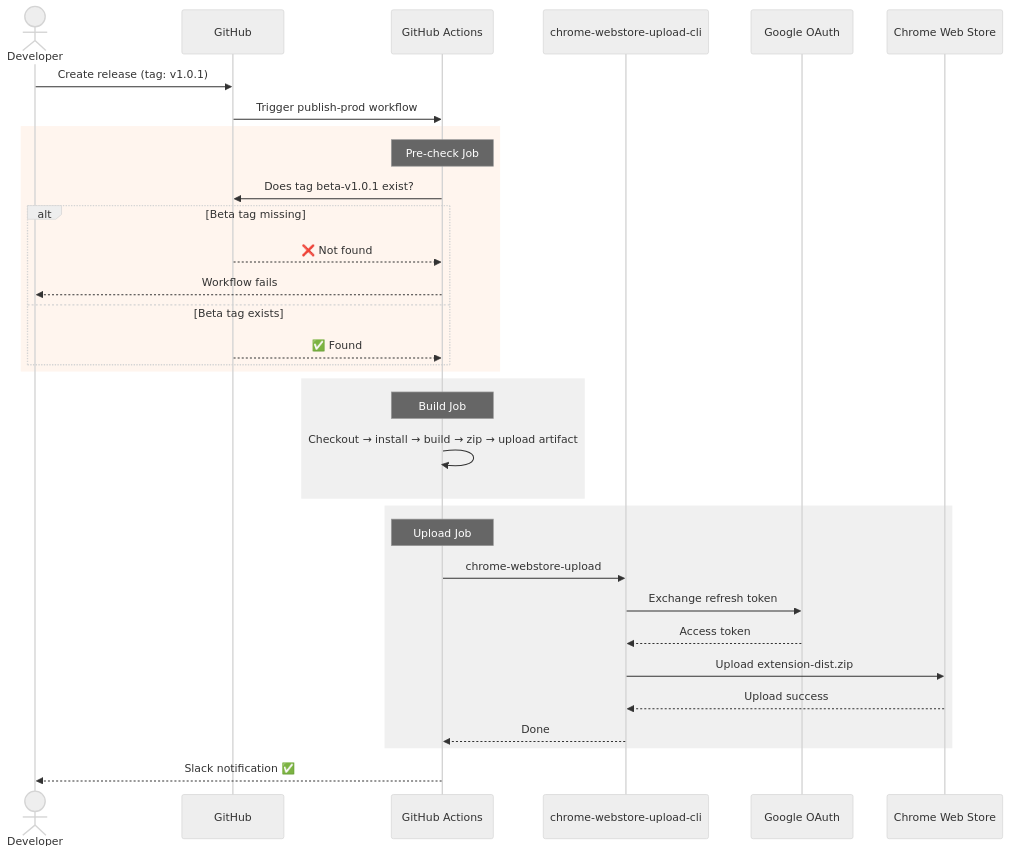
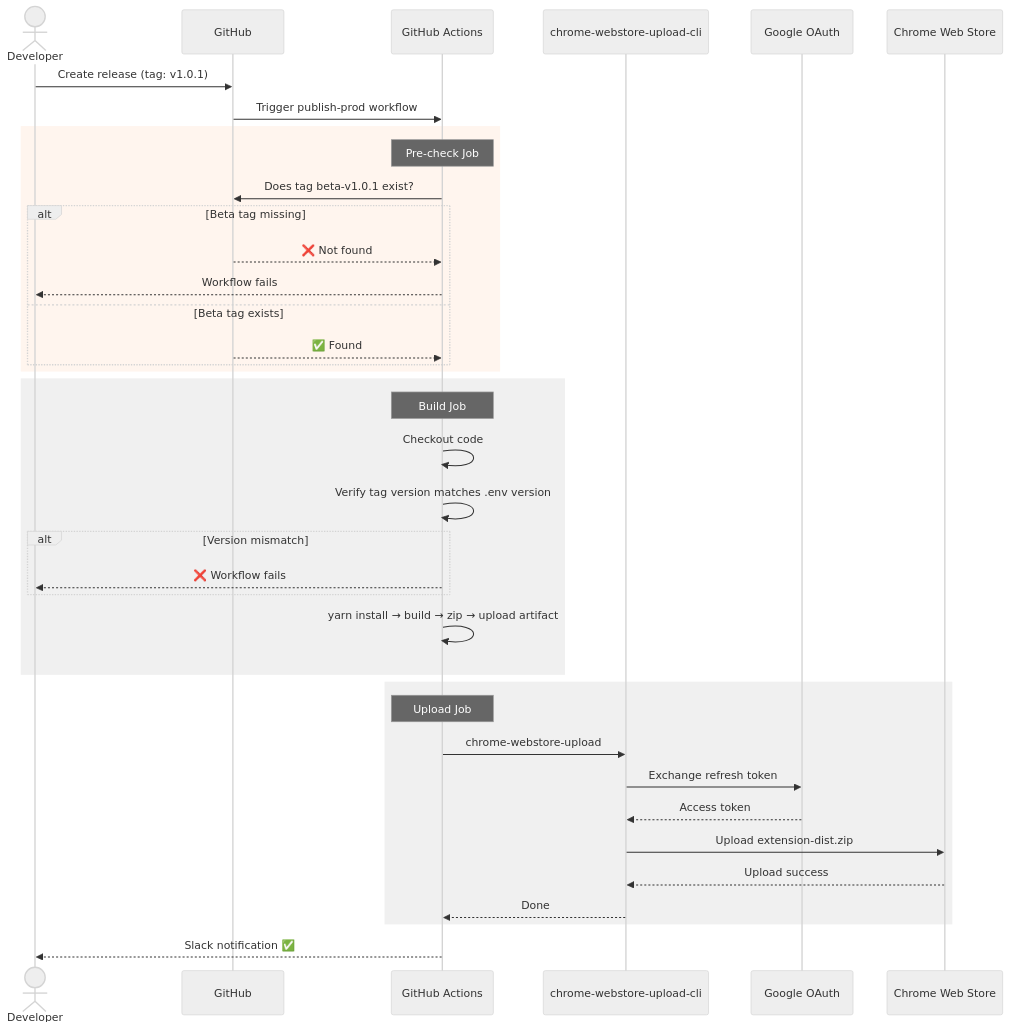
The diagram in docs/prod-workflow.mmd (cg-ysun/chrome-extension-test), drawn with Mermaid (neutral theme) before and after one commit. The commit also changed 3 other files, not shown here.

```diff
--- a/docs/prod-workflow.mmd
+++ b/docs/prod-workflow.mmd
@@ -1,38 +1,43 @@
 sequenceDiagram
     actor Dev as Developer
     participant GH as GitHub
     participant GHA as GitHub Actions
     participant CLI as chrome-webstore-upload-cli
     participant OAuth as Google OAuth
     participant CWS as Chrome Web Store
 
     Dev->>GH: Create release (tag: v1.0.1)
     GH->>GHA: Trigger publish-prod workflow
 
     rect rgb(255, 245, 238)
         Note over GHA: Pre-check Job
         GHA->>GH: Does tag beta-v1.0.1 exist?
         alt Beta tag missing
             GH-->>GHA: ❌ Not found
             GHA-->>Dev: Workflow fails
         else Beta tag exists
             GH-->>GHA: ✅ Found
         end
     end
 
     rect rgb(240, 240, 240)
         Note over GHA: Build Job
-        GHA->>GHA: Checkout → install → build → zip → upload artifact
+        GHA->>GHA: Checkout code
+        GHA->>GHA: Verify tag version matches .env version
+        alt Version mismatch
+            GHA-->>Dev: ❌ Workflow fails
+        end
+        GHA->>GHA: yarn install → build → zip → upload artifact
     end
 
     rect rgb(240, 240, 240)
         Note over GHA: Upload Job
         GHA->>CLI: chrome-webstore-upload
         CLI->>OAuth: Exchange refresh token
         OAuth-->>CLI: Access token
         CLI->>CWS: Upload extension-dist.zip
         CWS-->>CLI: Upload success
         CLI-->>GHA: Done
     end
 
     GHA-->>Dev: Slack notification ✅
```
